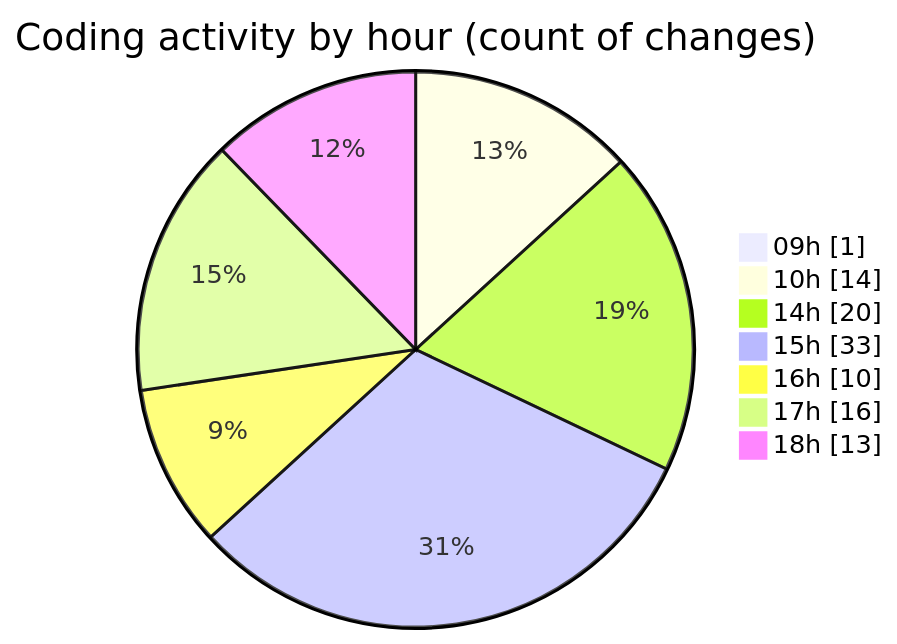
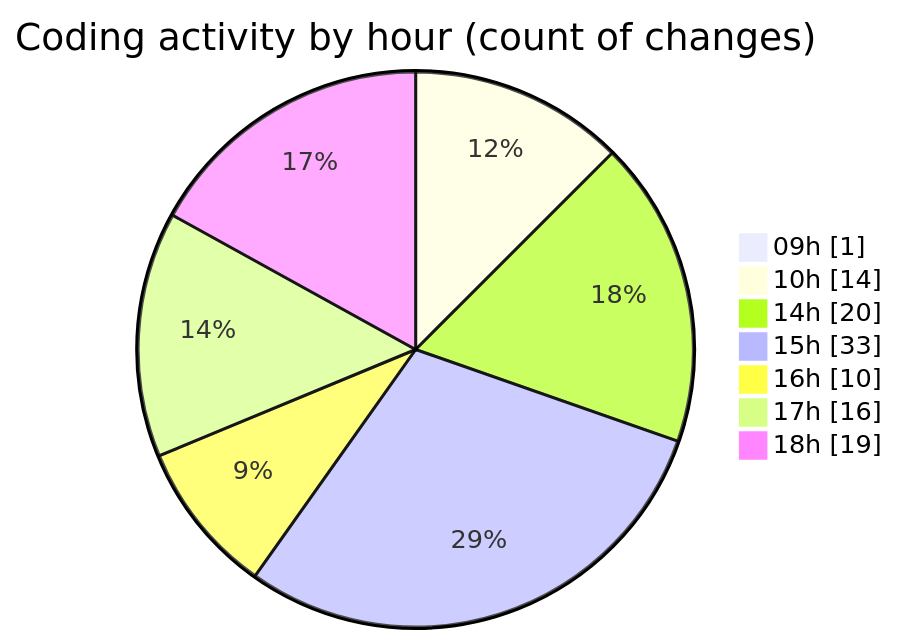
One commit to momahboobian/code-tracking changed the second of 2 diagrams in 2025-11-13/cda/README.md. Above: the diagram before and after it, drawn with Mermaid. The commit also changed other lines of this file and 1 other file, not shown here.

````diff
--- a/2025-11-13/cda/README.md
+++ b/2025-11-13/cda/README.md
@@ -49,11 +52,11 @@
 ```mermaid
 pie showData
 title Coding activity by hour (count of changes)
 "09h" : 1
 "10h" : 14
 "14h" : 20
 "15h" : 33
 "16h" : 10
 "17h" : 16
-"18h" : 13
+"18h" : 19
 ```
````
